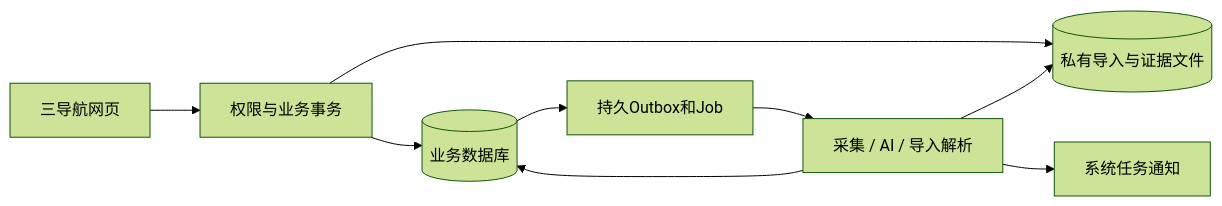
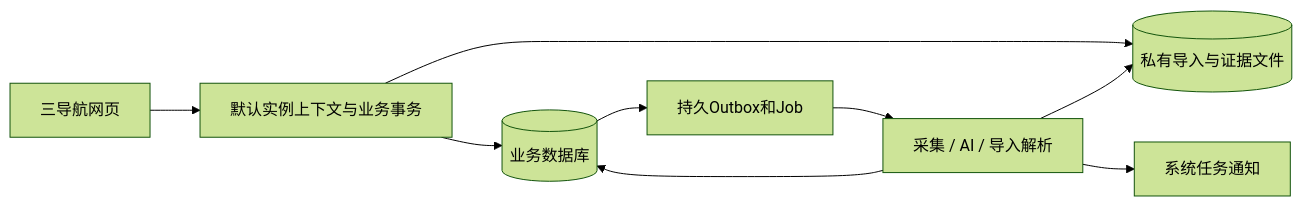
Before and after one commit to codeBeforeBC/social-media-ops-platform: the diagram in docs/yoyo-workbench-v1.0/04-系统架构与非功能要求.md, drawn with Mermaid (forest theme). The commit also changed other lines of this file and 155 other files, not shown here.

````diff
--- a/docs/yoyo-workbench-v1.0/04-系统架构与非功能要求.md
+++ b/docs/yoyo-workbench-v1.0/04-系统架构与非功能要求.md
@@ -9,11 +11,11 @@
 ```mermaid
 flowchart LR
-  UI[三导航网页] --> API[权限与业务事务]
+  UI[三导航网页] --> API[默认实例上下文与业务事务]
   API --> DB[(业务数据库)]
   API --> FILES[(私有导入与证据文件)]
   DB --> OUTBOX[持久Outbox和Job]
   OUTBOX --> WORKER[采集 / AI / 导入解析]
   WORKER --> DB
   WORKER --> FILES
   WORKER --> NOTICE[系统任务通知]
 ```
````
